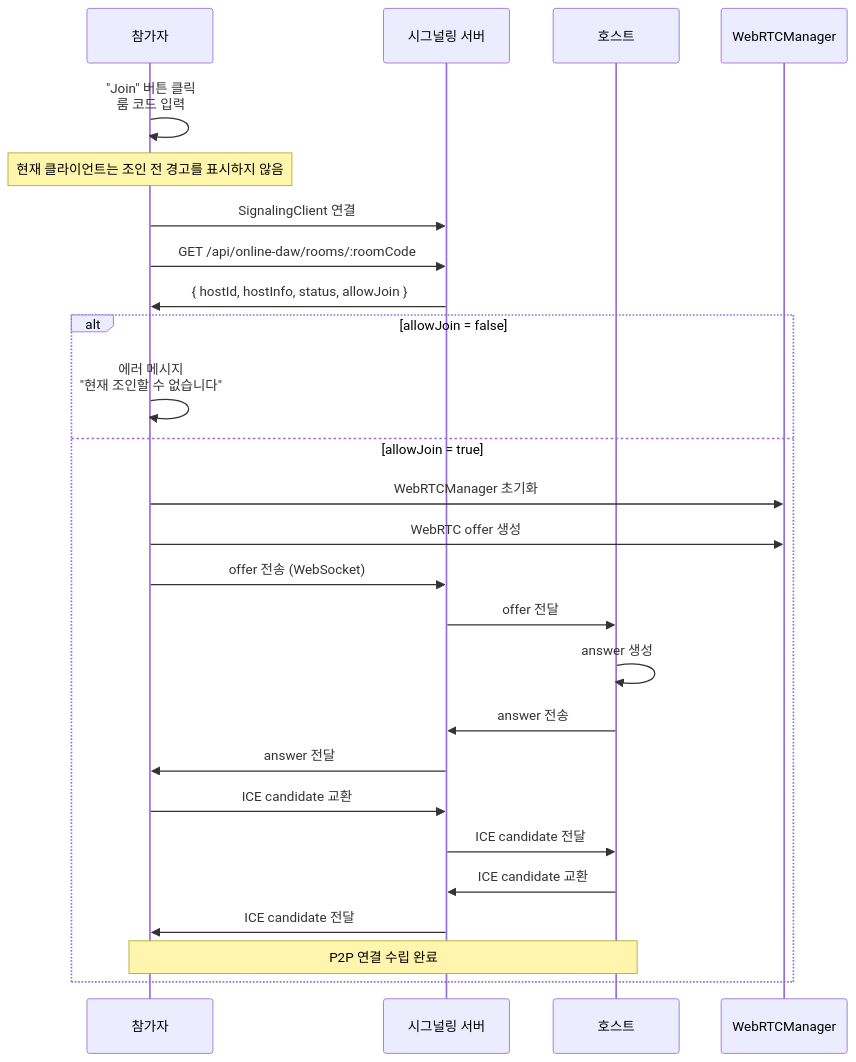
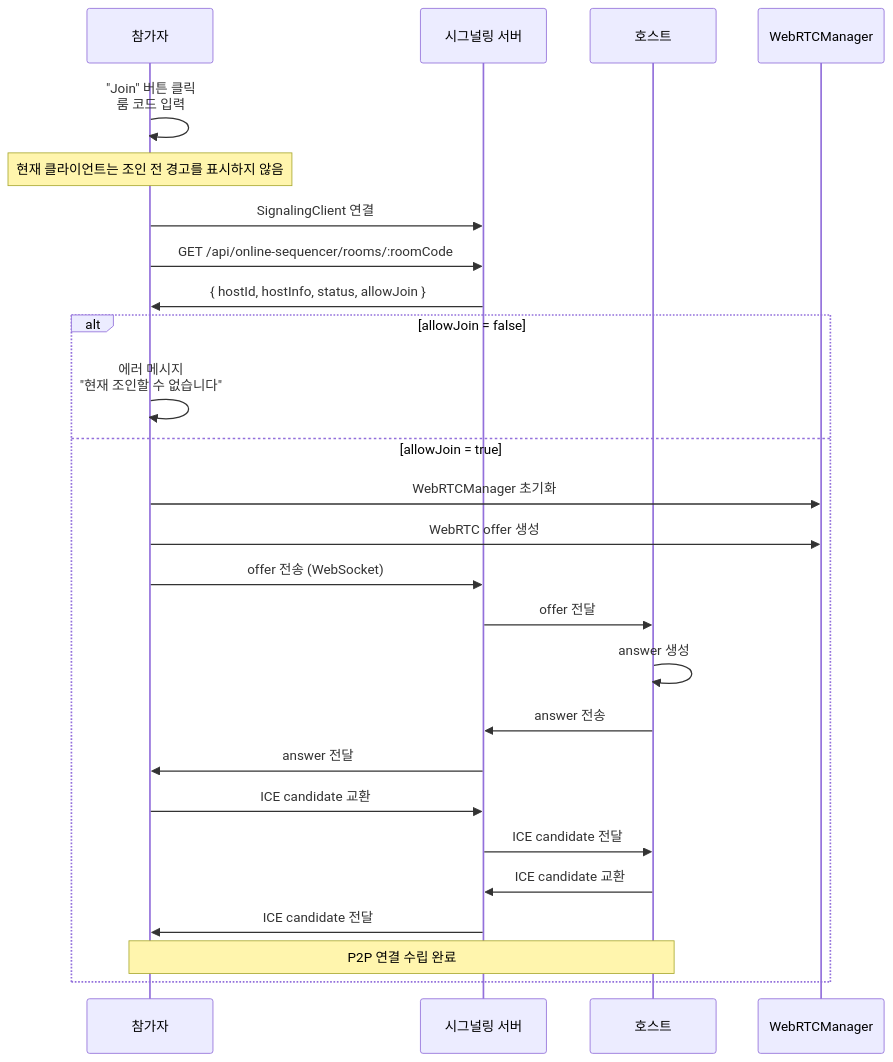
Before and after one commit to JaceDashS/online-sequencer: the second of 2 diagrams in docs/specs/collaboration-specification/connection-flow.ko.md, drawn with Mermaid. The commit also changed other lines of this file and 16 other files, not shown here.

Commit message:
[refactor] update API endpoints from /api/online-daw to /api/online-sequencer

````diff
--- a/docs/specs/collaboration-specification/connection-flow.ko.md
+++ b/docs/specs/collaboration-specification/connection-flow.ko.md
@@ -107,31 +107,31 @@
 ```mermaid
 sequenceDiagram
     participant Guest as 참가자
     participant Server as 시그널링 서버
     participant Host as 호스트
     participant WebRTC as WebRTCManager
     
     Guest->>Guest: "Join" 버튼 클릭<br/>룸 코드 입력
     Note over Guest: 현재 클라이언트는 조인 전 경고를 표시하지 않음
     
     Guest->>Server: SignalingClient 연결
-    Guest->>Server: GET /api/online-daw/rooms/:roomCode
+    Guest->>Server: GET /api/online-sequencer/rooms/:roomCode
     Server->>Guest: { hostId, hostInfo, status, allowJoin }
     
     alt allowJoin = false
         Guest->>Guest: 에러 메시지<br/>"현재 조인할 수 없습니다"
     else allowJoin = true
         Guest->>WebRTC: WebRTCManager 초기화
         Guest->>WebRTC: WebRTC offer 생성
         Guest->>Server: offer 전송 (WebSocket)
         Server->>Host: offer 전달
         Host->>Host: answer 생성
         Host->>Server: answer 전송
         Server->>Guest: answer 전달
         Guest->>Server: ICE candidate 교환
         Server->>Host: ICE candidate 전달
         Host->>Server: ICE candidate 교환
         Server->>Guest: ICE candidate 전달
         Note over Guest,Host: P2P 연결 수립 완료
     end
 ```
````
